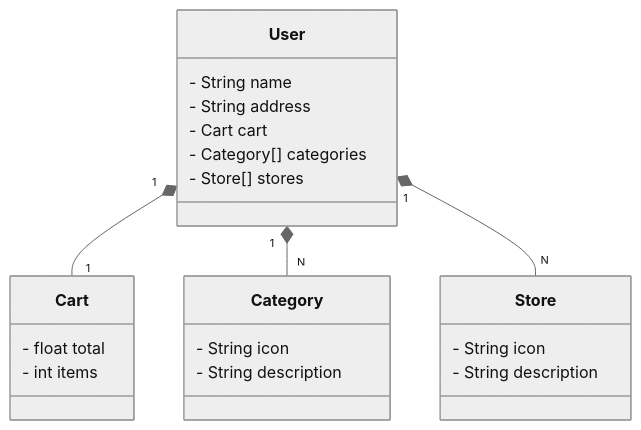
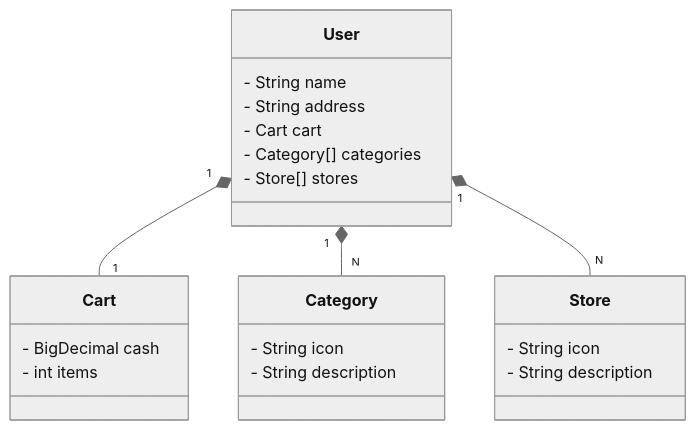
One commit to Pedro-Jordao/dev-week-2023-api-baseada-no-exemplo changed the diagram in README.md. Above: the diagram before and after it, drawn with Mermaid (neutral theme).

Commit message:
Update README.md
Changed 'float total' to 'BigDecimal cash' for better precision and to follow Java best practices.

````diff
--- a/README.md
+++ b/README.md
@@ -2,30 +2,30 @@
 ```mermaid
 classDiagram
     class User {
         - String name
         - String address
         - Cart cart
         - Category[] categories
         - Store[] stores
     }
 
     class Cart {
-        - float total
+        - BigDecimal cash
         - int items
     }
 
     class Category {
         - String icon
         - String description
     }
 
 
     class Store {
         - String icon
         - String description
     }
 
     User "1" *-- "1" Cart
     User "1" *-- "N" Category 
     User "1" *-- "N" Store 
 ```
````
